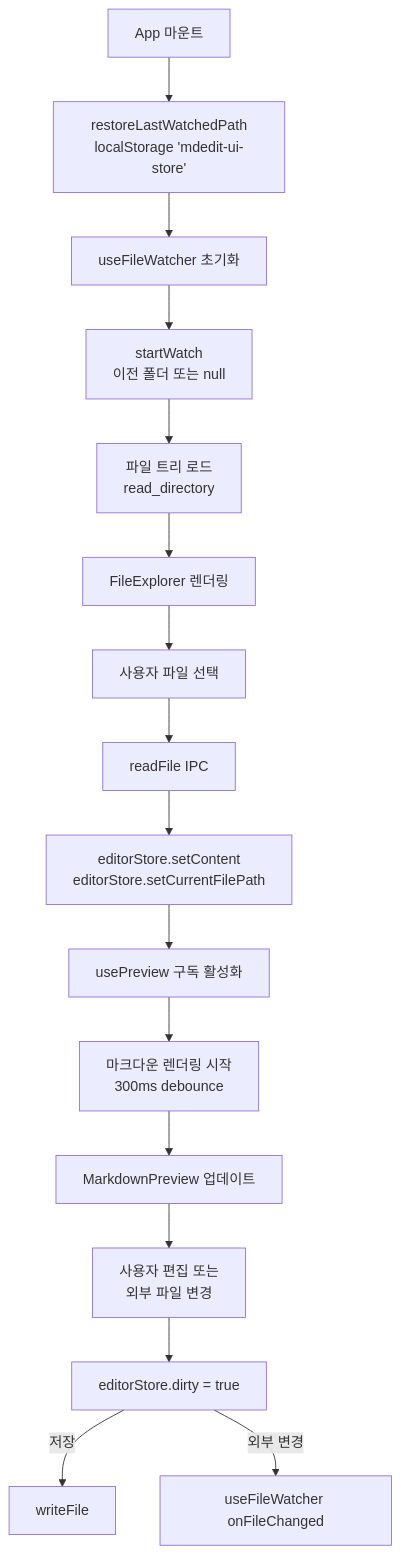
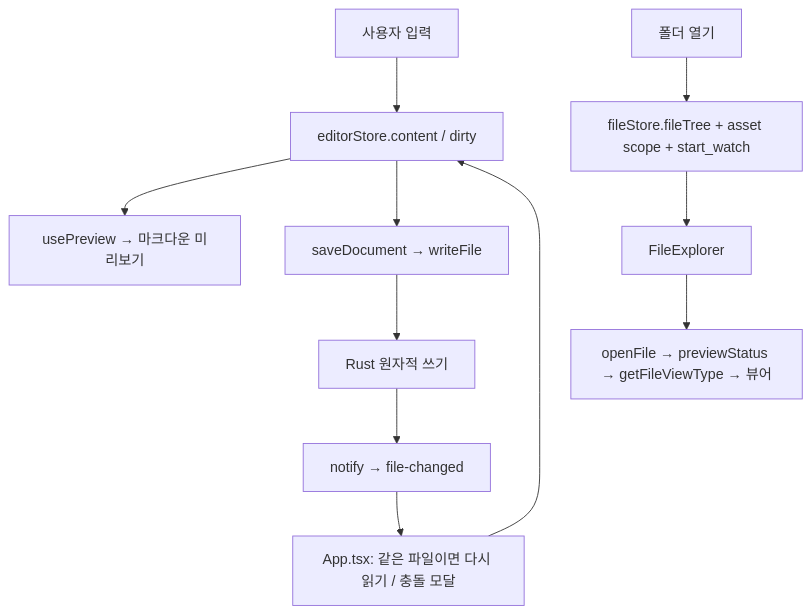
The eighth of 8 diagrams in .moai/project/codemaps/pipelines.md (bjw202/mdedit), drawn with Mermaid before and after one commit. The commit also changed other lines of this file and 4 other files, not shown here.

````diff
--- a/.moai/project/codemaps/pipelines.md
+++ b/.moai/project/codemaps/pipelines.md
@@ -338,37 +374,14 @@
 ```mermaid
 graph TD
-    A["App 마운트"]
-    B["restoreLastWatchedPath<br/>localStorage 'mdedit-ui-store'"]
-    C["useFileWatcher 초기화"]
-    D["startWatch<br/>이전 폴더 또는 null"]
-    E["파일 트리 로드<br/>read_directory"]
-    F["FileExplorer 렌더링"]
-    
-    G["사용자 파일 선택"]
-    H["readFile IPC"]
-    I["editorStore.setContent<br/>editorStore.setCurrentFilePath"]
-    J["usePreview 구독 활성화"]
-    K["마크다운 렌더링 시작<br/>300ms debounce"]
-    L["MarkdownPreview 업데이트"]
-    
-    M["사용자 편집 또는<br/>외부 파일 변경"]
-    N["editorStore.dirty = true"]
-    N -->|저장| O["writeFile"]
-    N -->|외부 변경| P["useFileWatcher onFileChanged"]
-    
-    A --> B
-    B --> C
-    C --> D
-    D --> E
-    E --> F
-    
-    F --> G
-    G --> H
-    H --> I
-    I --> J
-    J --> K
-    K --> L
-    
-    L --> M
-    M --> N
+    A["사용자 입력"] --> B["editorStore.content / dirty"]
+    B --> C["usePreview → 마크다운 미리보기"]
+    B --> D["saveDocument → writeFile"]
+    D --> E["Rust 원자적 쓰기"]
+    E --> F["notify → file-changed"]
+    F --> G["App.tsx: 같은 파일이면 다시 읽기 / 충돌 모달"]
+    G --> B
+
+    H["폴더 열기"] --> I["fileStore.fileTree + asset scope + start_watch"]
+    I --> J["FileExplorer"]
+    J --> K["openFile → previewStatus → getFileViewType → 뷰어"]
 ```
````
